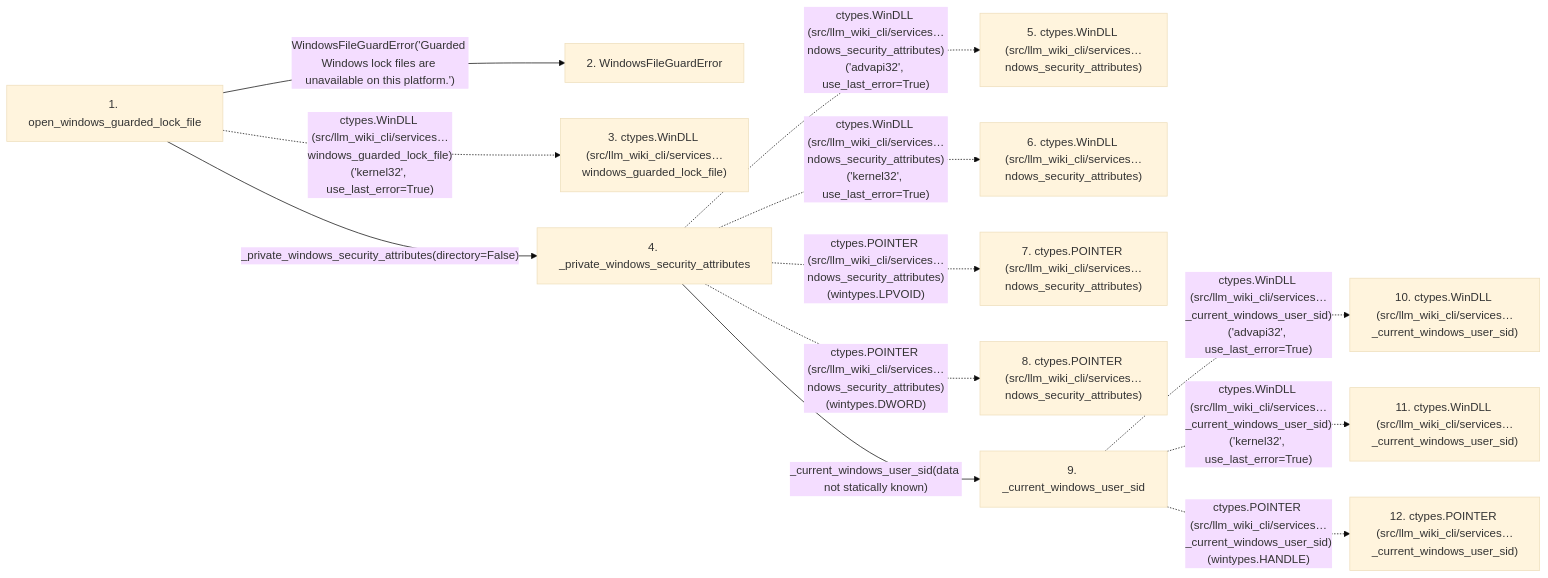
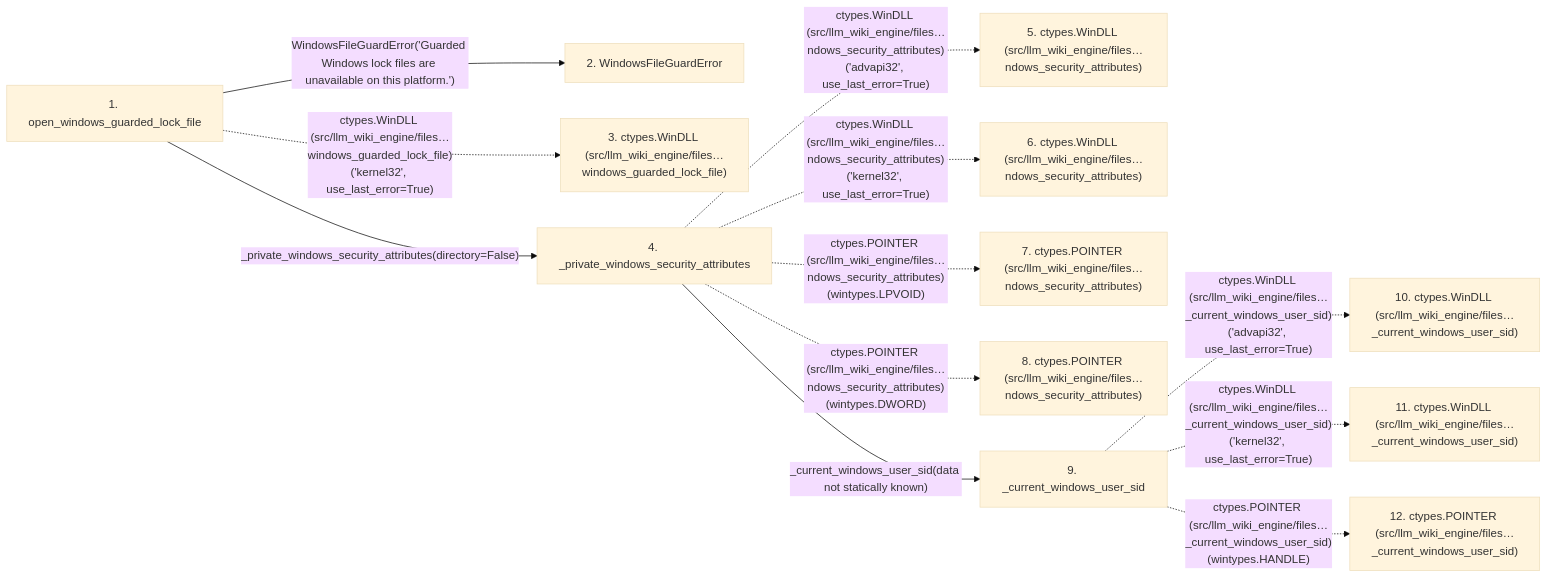
The second of 2 diagrams in docs/llm_wiki/flows/api-open_windows_guarded_lock_file.md (Denissvgn/python-wiki-llm), drawn with Mermaid (base theme) before and after one commit. The commit also changed other lines of this file and 739 other files, not shown here.

First line of the commit message:
docs: refresh the wiki for the second engine batch

````diff
--- a/docs/llm_wiki/flows/api-open_windows_guarded_lock_file.md
+++ b/docs/llm_wiki/flows/api-open_windows_guarded_lock_file.md
@@ -124,30 +124,30 @@
 ```mermaid
 flowchart LR
     s1["1. open_windows_guarded_lock_file"]
     s2["2. WindowsFileGuardError"]
-    s3["3. ctypes.WinDLL (src/llm_wiki_cli/services…windows_guarded_lock_file)"]
+    s3["3. ctypes.WinDLL (src/llm_wiki_engine/files…windows_guarded_lock_file)"]
     s4["4. _private_windows_security_attributes"]
-    s5["5. ctypes.WinDLL (src/llm_wiki_cli/services…ndows_security_attributes)"]
-    s6["6. ctypes.WinDLL (src/llm_wiki_cli/services…ndows_security_attributes)"]
-    s7["7. ctypes.POINTER (src/llm_wiki_cli/services…ndows_security_attributes)"]
-    s8["8. ctypes.POINTER (src/llm_wiki_cli/services…ndows_security_attributes)"]
+    s5["5. ctypes.WinDLL (src/llm_wiki_engine/files…ndows_security_attributes)"]
+    s6["6. ctypes.WinDLL (src/llm_wiki_engine/files…ndows_security_attributes)"]
+    s7["7. ctypes.POINTER (src/llm_wiki_engine/files…ndows_security_attributes)"]
+    s8["8. ctypes.POINTER (src/llm_wiki_engine/files…ndows_security_attributes)"]
     s9["9. _current_windows_user_sid"]
-    s10["10. ctypes.WinDLL (src/llm_wiki_cli/services…_current_windows_user_sid)"]
-    s11["11. ctypes.WinDLL (src/llm_wiki_cli/services…_current_windows_user_sid)"]
-    s12["12. ctypes.POINTER (src/llm_wiki_cli/services…_current_windows_user_sid)"]
+    s10["10. ctypes.WinDLL (src/llm_wiki_engine/files…_current_windows_user_sid)"]
+    s11["11. ctypes.WinDLL (src/llm_wiki_engine/files…_current_windows_user_sid)"]
+    s12["12. ctypes.POINTER (src/llm_wiki_engine/files…_current_windows_user_sid)"]
     s1 -->|"WindowsFileGuardError('Guarded Windows lock files are unavailable on this platform.')"| s2
-    s1 -. "ctypes.WinDLL (src/llm_wiki_cli/services…windows_guarded_lock_file)('kernel32', use_last_error=True)" .-> s3
+    s1 -. "ctypes.WinDLL (src/llm_wiki_engine/files…windows_guarded_lock_file)('kernel32', use_last_error=True)" .-> s3
     s1 -->|"_private_windows_security_attributes(directory=False)"| s4
-    s4 -. "ctypes.WinDLL (src/llm_wiki_cli/services…ndows_security_attributes)('advapi32', use_last_error=True)" .-> s5
-    s4 -. "ctypes.WinDLL (src/llm_wiki_cli/services…ndows_security_attributes)('kernel32', use_last_error=True)" .-> s6
-    s4 -. "ctypes.POINTER (src/llm_wiki_cli/services…ndows_security_attributes)(wintypes.LPVOID)" .-> s7
-    s4 -. "ctypes.POINTER (src/llm_wiki_cli/services…ndows_security_attributes)(wintypes.DWORD)" .-> s8
+    s4 -. "ctypes.WinDLL (src/llm_wiki_engine/files…ndows_security_attributes)('advapi32', use_last_error=True)" .-> s5
+    s4 -. "ctypes.WinDLL (src/llm_wiki_engine/files…ndows_security_attributes)('kernel32', use_last_error=True)" .-> s6
+    s4 -. "ctypes.POINTER (src/llm_wiki_engine/files…ndows_security_attributes)(wintypes.LPVOID)" .-> s7
+    s4 -. "ctypes.POINTER (src/llm_wiki_engine/files…ndows_security_attributes)(wintypes.DWORD)" .-> s8
     s4 -->|"_current_windows_user_sid(data not statically known)"| s9
-    s9 -. "ctypes.WinDLL (src/llm_wiki_cli/services…_current_windows_user_sid)('advapi32', use_last_error=True)" .-> s10
-    s9 -. "ctypes.WinDLL (src/llm_wiki_cli/services…_current_windows_user_sid)('kernel32', use_last_error=True)" .-> s11
-    s9 -. "ctypes.POINTER (src/llm_wiki_cli/services…_current_windows_user_sid)(wintypes.HANDLE)" .-> s12
+    s9 -. "ctypes.WinDLL (src/llm_wiki_engine/files…_current_windows_user_sid)('advapi32', use_last_error=True)" .-> s10
+    s9 -. "ctypes.WinDLL (src/llm_wiki_engine/files…_current_windows_user_sid)('kernel32', use_last_error=True)" .-> s11
+    s9 -. "ctypes.POINTER (src/llm_wiki_engine/files…_current_windows_user_sid)(wintypes.HANDLE)" .-> s12
     click s1 "../modules/filesystem_guard.md"
     click s2 "../modules/filesystem_guard.md"
     click s4 "../modules/filesystem_guard.md"
     click s9 "../modules/filesystem_guard.md"
 ```
````
